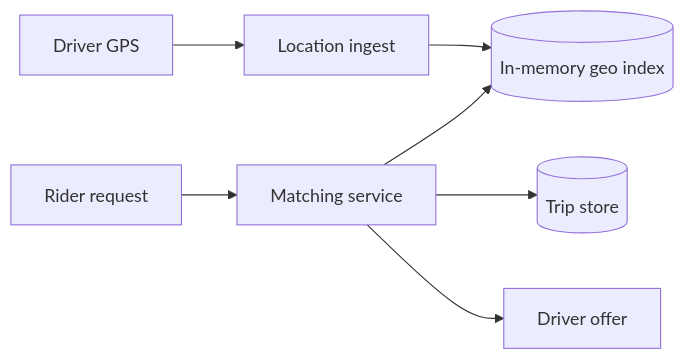
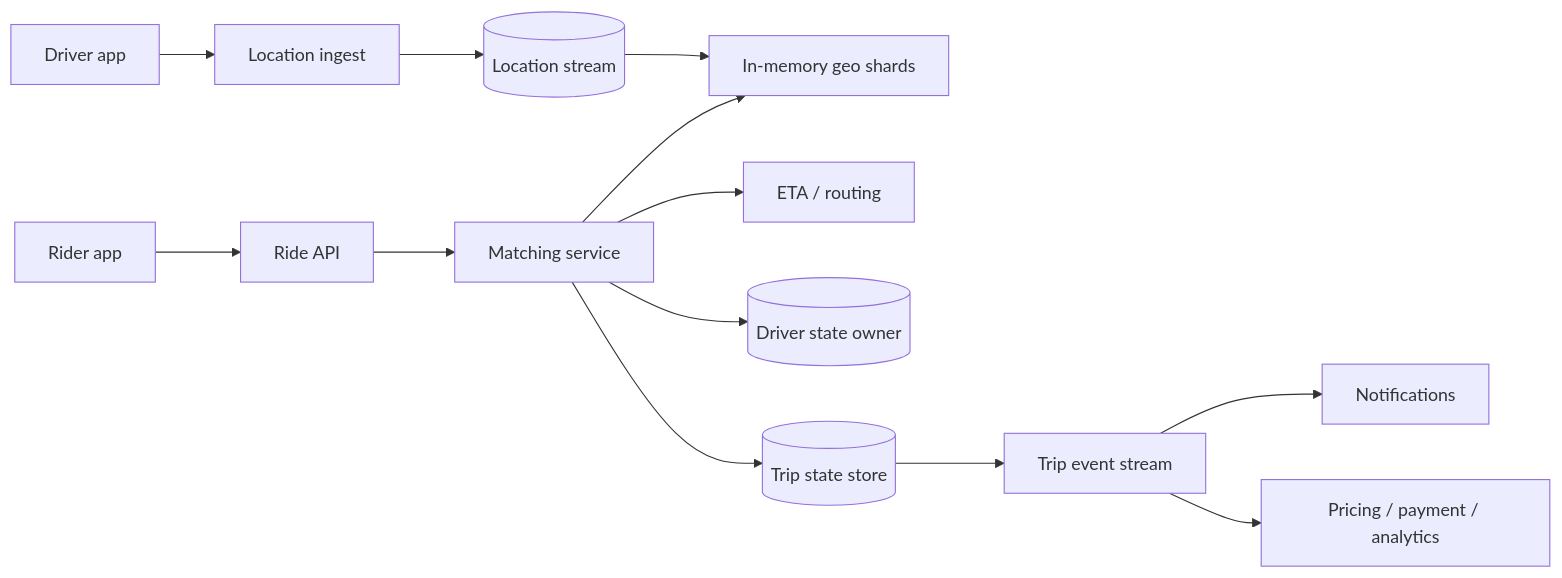
One commit to yangzichao/www changed the diagram in src/content/blog/system-design/ride-sharing.md. Above: the diagram before and after it, drawn with Mermaid. The commit also changed other lines of this file and 9 other files, not shown here.

````diff
--- a/src/content/blog/system-design/ride-sharing.md
+++ b/src/content/blog/system-design/ride-sharing.md
@@ -80,9 +234,16 @@
 ```mermaid
 flowchart LR
-  D[Driver GPS] --> I[Location ingest]
-  I --> G[(In-memory geo index)]
-  R[Rider request] --> M[Matching service]
+  DA[Driver app] --> LI[Location ingest]
+  LI --> LS[(Location stream)]
+  LS --> G[In-memory geo shards]
+
+  RA[Rider app] --> API[Ride API]
+  API --> M[Matching service]
   M --> G
-  M --> T[(Trip store)]
-  M --> P[Driver offer]
+  M --> ETA[ETA / routing]
+  M --> DS[(Driver state owner)]
+  M --> TS[(Trip state store)]
+  TS --> E[Trip event stream]
+  E --> N[Notifications]
+  E --> P[Pricing / payment / analytics]
 ```
````
